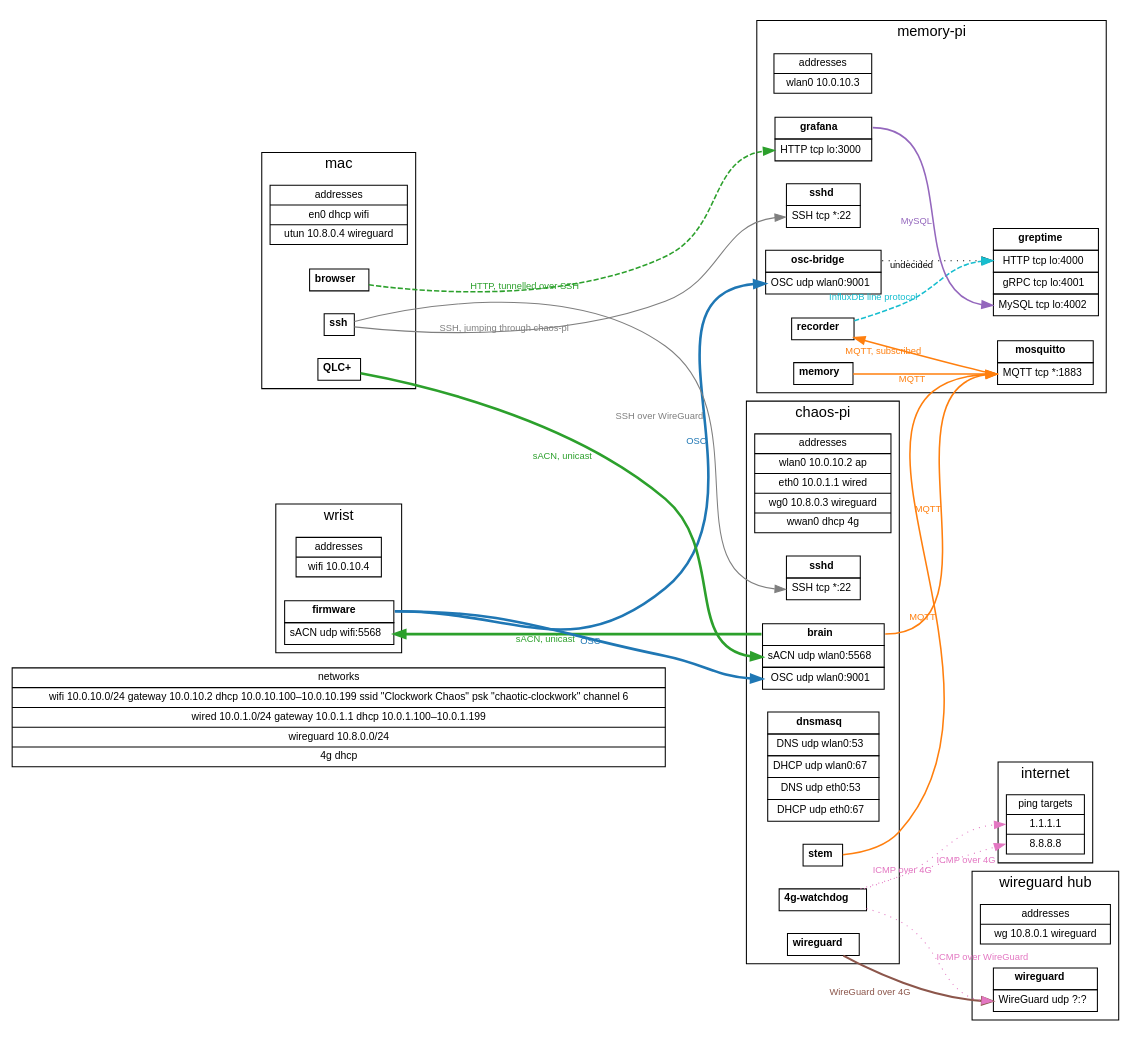
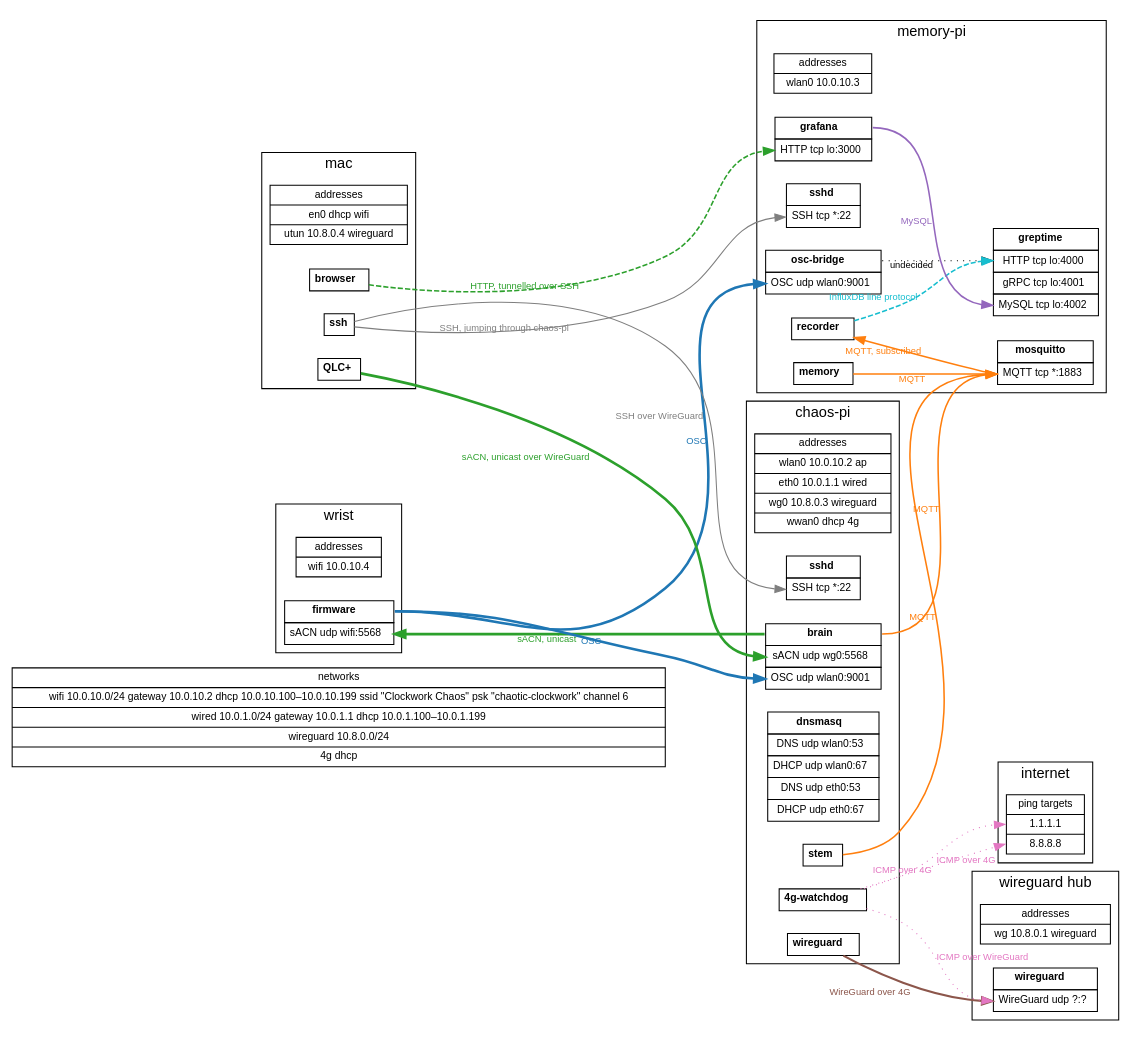
One commit to kjkoster/tensegrity-open-claw changed the diagram in clockwork.dot. Above: the diagram before and after it, drawn with Graphviz. The commit also changed 15 other files, not shown here.

```diff
--- a/clockwork.dot
+++ b/clockwork.dot
@@ -52,7 +52,7 @@
 
         chaos_pi_brain [label=<<table border="0" cellborder="1" cellspacing="0" cellpadding="4">
             <tr><td port="title"><b>brain</b></td></tr>
-            <tr><td port="sacn">sACN udp wlan0:5568</td></tr>
+            <tr><td port="sacn">sACN udp wg0:5568</td></tr>
             <tr><td port="osc">OSC udp wlan0:9001</td></tr>
         </table>>];
         chaos_pi_stem [label=<<table border="0" cellborder="1" cellspacing="0" cellpadding="4">
@@ -168,7 +168,7 @@
 
     subgraph sacn {
         edge [color="#2ca02c", fontcolor="#2ca02c", penwidth=2.5];
-        mac_qlc:title        -> chaos_pi_brain:sacn [xlabel="sACN, unicast"];
+        mac_qlc:title        -> chaos_pi_brain:sacn [xlabel="sACN, unicast over WireGuard"];
         chaos_pi_brain:title -> wrist_firmware:sacn [xlabel="sACN, unicast"];
     }
 
```
